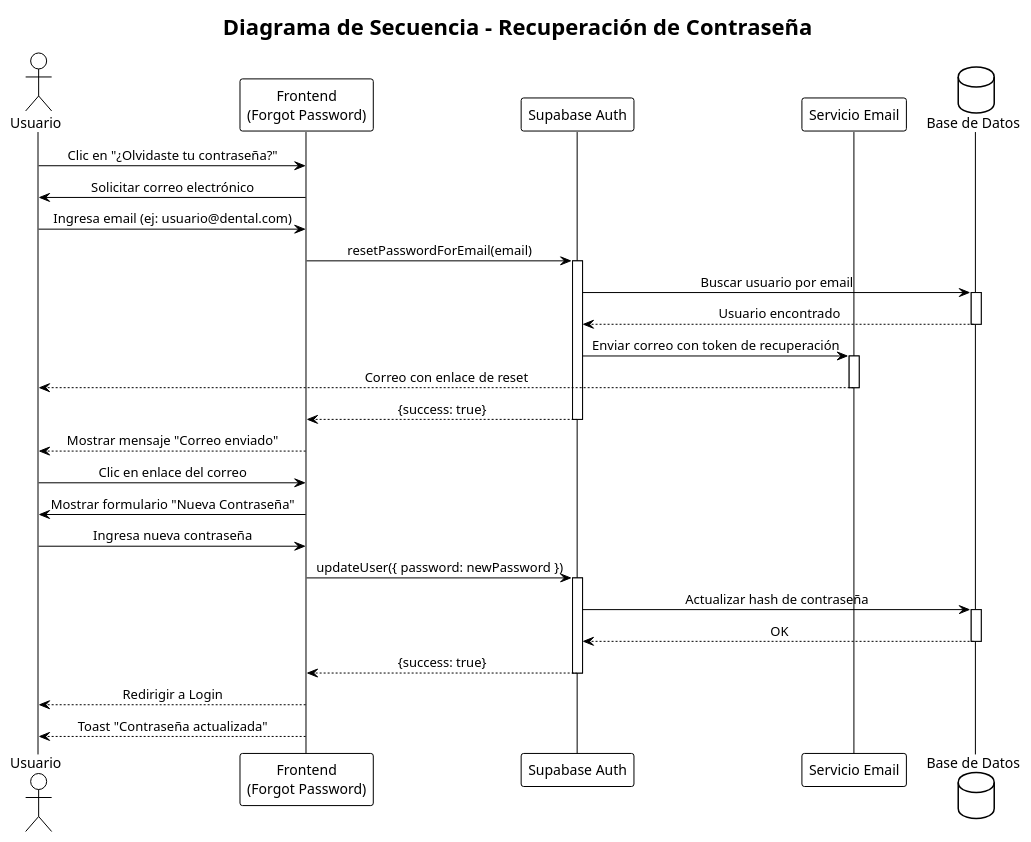
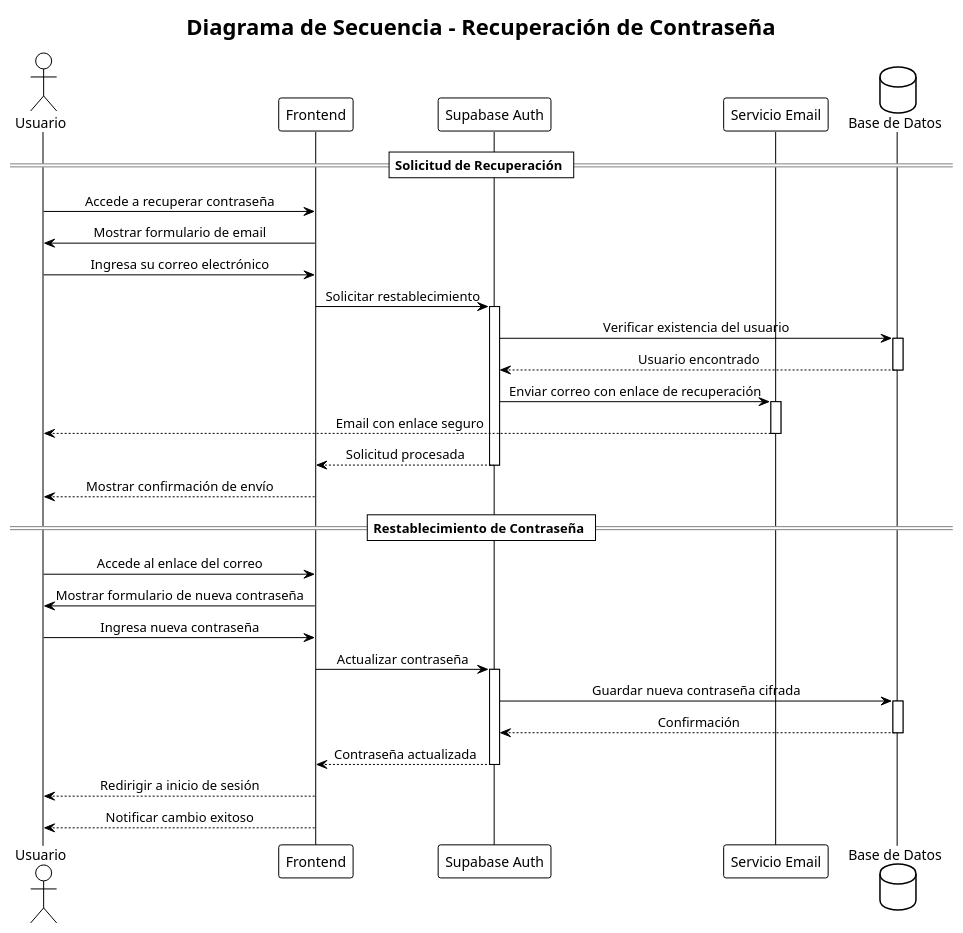
The third of 10 diagrams in DIAGRAMAS_UML.md (RDaniloMM/dental-company), drawn with PlantUML before and after one commit. The commit also changed other lines of this file, not shown here.

Commit message:
Actualizar diagramas de secuencia: mejorar títulos, descripciones y formato en la recuperación de contraseña, interacción con chatbot y registro con código de invitación.

````diff
--- a/DIAGRAMAS_UML.md
+++ b/DIAGRAMAS_UML.md
@@ -365,55 +365,59 @@
 ```plantuml
 @startuml Secuencia_Recuperar_Password
 !theme plain
 skinparam sequenceMessageAlign center
 
 title Diagrama de Secuencia - Recuperación de Contraseña
 
 actor "Usuario" as User
-participant "Frontend\n(Forgot Password)" as Frontend
+participant "Frontend" as Frontend
 participant "Supabase Auth" as Auth
 participant "Servicio Email" as Email
 database "Base de Datos" as DB
 
-User -> Frontend: Clic en "¿Olvidaste tu contraseña?"
-Frontend -> User: Solicitar correo electrónico
+== Solicitud de Recuperación ==
 
-User -> Frontend: Ingresa email (ej: usuario@dental.com)
-Frontend -> Auth: resetPasswordForEmail(email)
+User -> Frontend: Accede a recuperar contraseña
+Frontend -> User: Mostrar formulario de email
+
+User -> Frontend: Ingresa su correo electrónico
+Frontend -> Auth: Solicitar restablecimiento
 activate Auth
 
-Auth -> DB: Buscar usuario por email
+Auth -> DB: Verificar existencia del usuario
 activate DB
 DB --> Auth: Usuario encontrado
 deactivate DB
 
-Auth -> Email: Enviar correo con token de recuperación
+Auth -> Email: Enviar correo con enlace de recuperación
 activate Email
-Email --> User: Correo con enlace de reset
+Email --> User: Email con enlace seguro
 deactivate Email
 
-Auth --> Frontend: {success: true}
+Auth --> Frontend: Solicitud procesada
 deactivate Auth
 
-Frontend --> User: Mostrar mensaje "Correo enviado"
+Frontend --> User: Mostrar confirmación de envío
 
-User -> Frontend: Clic en enlace del correo
-Frontend -> User: Mostrar formulario "Nueva Contraseña"
+== Restablecimiento de Contraseña ==
+
+User -> Frontend: Accede al enlace del correo
+Frontend -> User: Mostrar formulario de nueva contraseña
 
 User -> Frontend: Ingresa nueva contraseña
-Frontend -> Auth: updateUser({ password: newPassword })
+Frontend -> Auth: Actualizar contraseña
 activate Auth
 
-Auth -> DB: Actualizar hash de contraseña
+Auth -> DB: Guardar nueva contraseña cifrada
 activate DB
-DB --> Auth: OK
+DB --> Auth: Confirmación
 deactivate DB
 
-Auth --> Frontend: {success: true}
+Auth --> Frontend: Contraseña actualizada
 deactivate Auth
 
-Frontend --> User: Redirigir a Login
-Frontend --> User: Toast "Contraseña actualizada"
+Frontend --> User: Redirigir a inicio de sesión
+Frontend --> User: Notificar cambio exitoso
 
 @enduml
 ```
````
